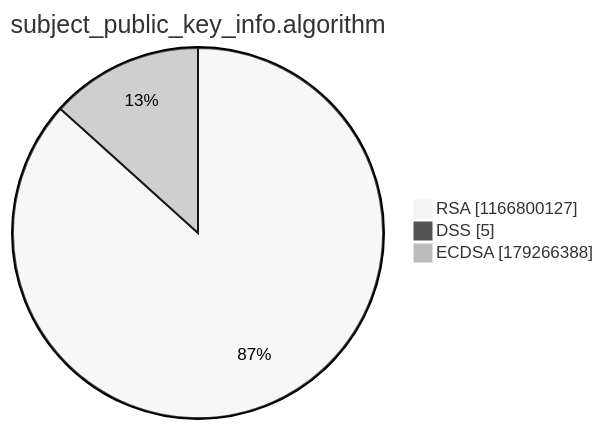
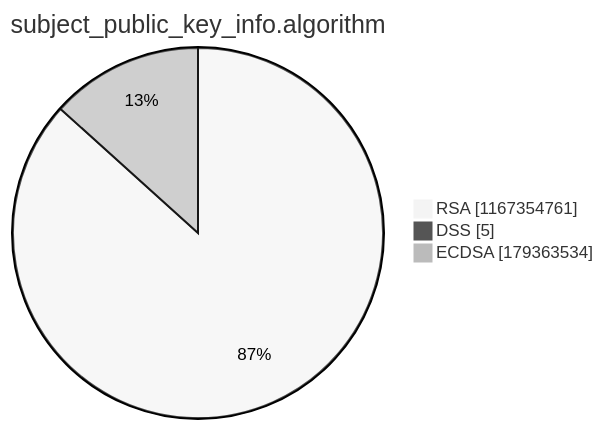
The third of 15 diagrams in argon2022/README.md (christiankrug/ctmonitor_visualization), drawn with Mermaid (neutral theme) before and after one commit. The commit also changed other lines of this file, not shown here.

````diff
--- a/argon2022/README.md
+++ b/argon2022/README.md
@@ -14,7 +14,7 @@
 ```mermaid
 pie showData
 title subject_public_key_info.algorithm
-"RSA" :1166800127
+"RSA" :1167354761
 "DSS" :5
-"ECDSA" :179266388
+"ECDSA" :179363534
 ```
````
